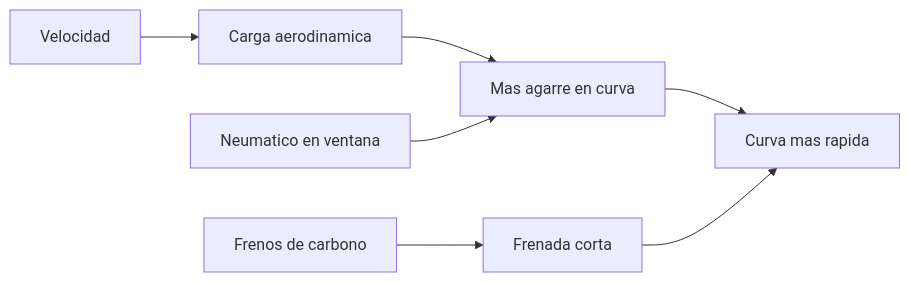
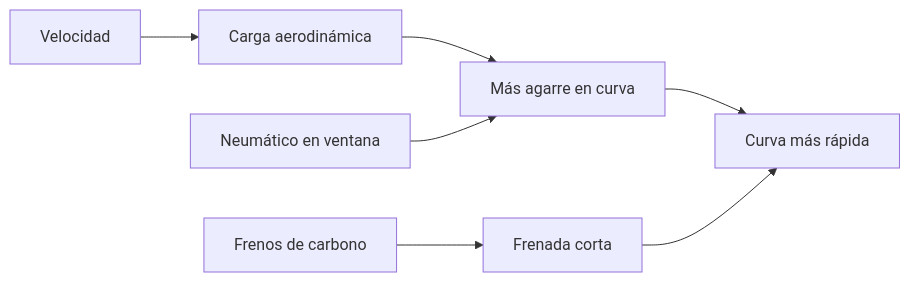
One commit to vladimiracunadev-create/machine-operator-program changed the diagram in vehiculos/formula-1/recursos/recursos-formula-1.md. Above: the diagram before and after it, drawn with Mermaid. The commit also changed other lines of this file and 442 other files, not shown here.

````diff
--- a/vehiculos/formula-1/recursos/recursos-formula-1.md
+++ b/vehiculos/formula-1/recursos/recursos-formula-1.md
@@ -28,9 +28,9 @@
 ```mermaid
 flowchart LR
-    Velocidad[Velocidad] --> Carga[Carga aerodinamica]
-    Carga --> Agarre[Mas agarre en curva]
-    Neumatico[Neumatico en ventana] --> Agarre
-    Agarre --> Curva[Curva mas rapida]
+    Velocidad[Velocidad] --> Carga[Carga aerodinámica]
+    Carga --> Agarre[Más agarre en curva]
+    Neumatico[Neumático en ventana] --> Agarre
+    Agarre --> Curva[Curva más rápida]
     Frenos[Frenos de carbono] --> Frenada[Frenada corta]
     Frenada --> Curva
 ```
````
